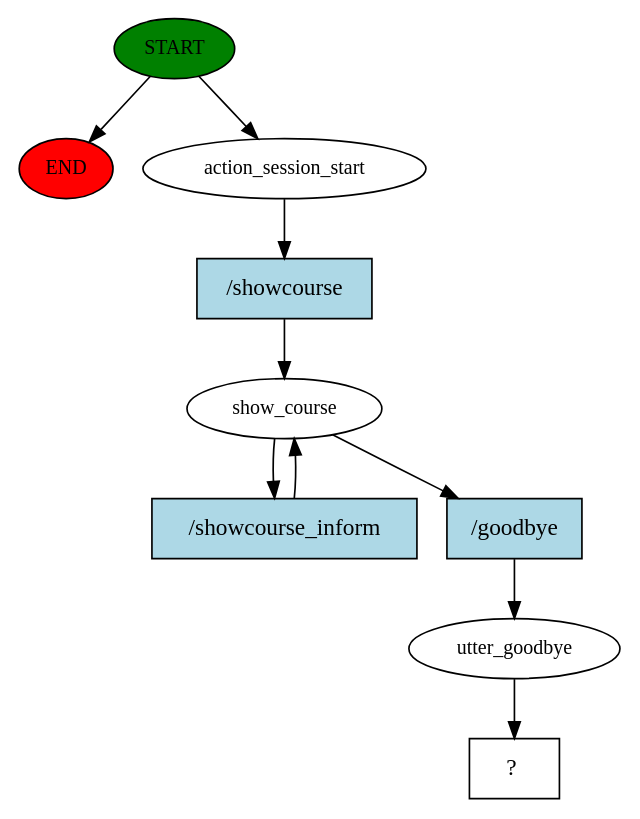
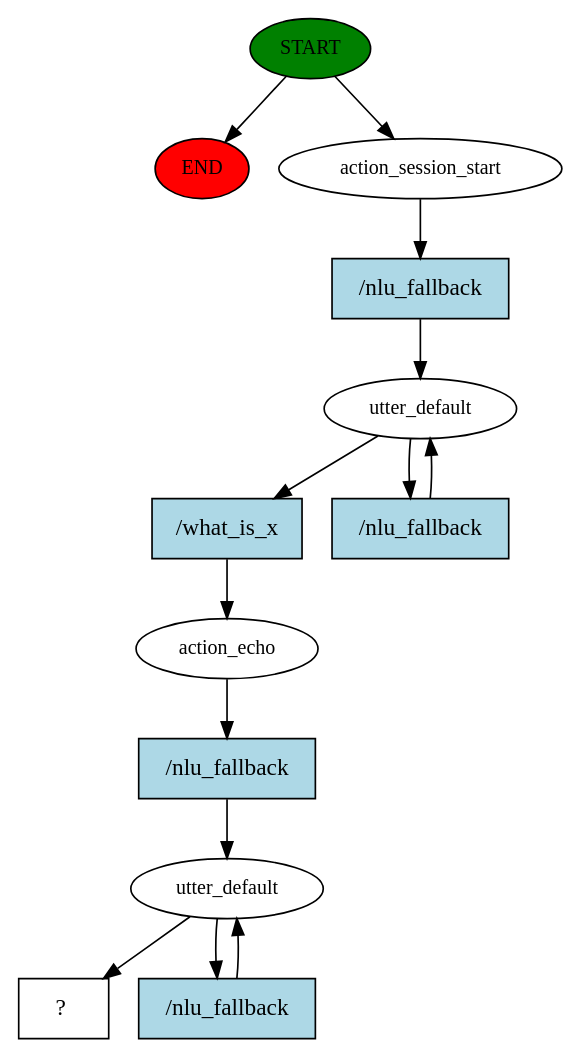
The diagram in story_graph.dot (ReOl6/RASA-GPT), drawn with Graphviz before and after one commit. The commit also changed 162 other files, not shown here.

```diff
--- a/story_graph.dot
+++ b/story_graph.dot
@@ -1,20 +1,27 @@
 digraph  {
 0 [class="start active", fillcolor=green, fontsize=12, label=START, style=filled];
 "-1" [class=end, fillcolor=red, fontsize=12, label=END, style=filled];
 1 [class=active, fontsize=12, label=action_session_start];
-2 [class=active, fontsize=12, label=show_course];
-5 [class=active, fontsize=12, label=utter_goodbye];
-6 [class="intent dashed active", label="  ?  ", shape=rect];
-7 [class="intent active", fillcolor=lightblue, label="/showcourse", shape=rect, style=filled];
-8 [class="intent active", fillcolor=lightblue, label="/showcourse_inform", shape=rect, style=filled];
-9 [class="intent active", fillcolor=lightblue, label="/goodbye", shape=rect, style=filled];
+2 [class=active, fontsize=12, label=utter_default];
+4 [class=active, fontsize=12, label=action_echo];
+5 [class=active, fontsize=12, label=utter_default];
+7 [class="intent dashed active", label="  ?  ", shape=rect];
+8 [class="intent active", fillcolor=lightblue, label="/nlu_fallback", shape=rect, style=filled];
+9 [class="intent active", fillcolor=lightblue, label="/what_is_x", shape=rect, style=filled];
+10 [class="intent active", fillcolor=lightblue, label="/nlu_fallback", shape=rect, style=filled];
+11 [class="intent active", fillcolor=lightblue, label="/nlu_fallback", shape=rect, style=filled];
+12 [class="intent active", fillcolor=lightblue, label="/nlu_fallback", shape=rect, style=filled];
 0 -> "-1"  [class="", key=NONE, label=""];
 0 -> 1  [class=active, key=NONE, label=""];
-1 -> 7  [class=active, key=0];
-2 -> 8  [class=active, key=0];
+1 -> 8  [class=active, key=0];
 2 -> 9  [class=active, key=0];
-5 -> 6  [class=active, key=NONE, label=""];
-7 -> 2  [class=active, key=0];
+2 -> 10  [class=active, key=0];
+4 -> 11  [class=active, key=0];
+5 -> 7  [class=active, key=NONE, label=""];
+5 -> 12  [class=active, key=0];
 8 -> 2  [class=active, key=0];
-9 -> 5  [class=active, key=0];
+9 -> 4  [class=active, key=0];
+10 -> 2  [class=active, key=0];
+11 -> 5  [class=active, key=0];
+12 -> 5  [class=active, key=0];
 }
```
